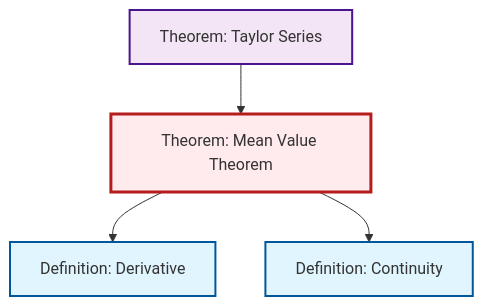
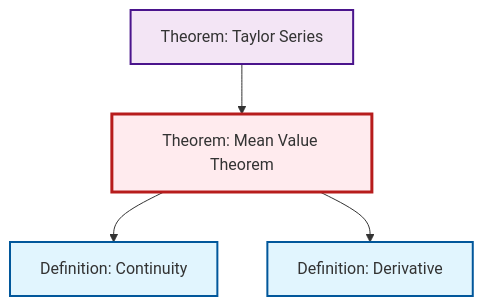
The diagram in content/en/analysis/thm-mean-value.qmd (RK0429/ModernMath), drawn with Mermaid before and after one commit. The commit also changed other lines of this file and 1012 other files, not shown here.

````diff
--- a/content/en/analysis/thm-mean-value.qmd
+++ b/content/en/analysis/thm-mean-value.qmd
@@ -79,20 +79,20 @@
 ```{mermaid}
 %%| fig-cap: "Local dependency graph"
 graph TD
     classDef definition fill:#e1f5fe,stroke:#01579b,stroke-width:2px
     classDef theorem fill:#f3e5f5,stroke:#4a148c,stroke-width:2px
     classDef axiom fill:#fff3e0,stroke:#e65100,stroke-width:2px
     classDef example fill:#e8f5e9,stroke:#1b5e20,stroke-width:2px
     classDef current fill:#ffebee,stroke:#b71c1c,stroke-width:3px
+    def-continuity["Definition: Continuity"]:::definition
     def-derivative["Definition: Derivative"]:::definition
     thm-taylor-series["Theorem: Taylor Series"]:::theorem
     thm-mean-value["Theorem: Mean Value Theorem"]:::theorem
-    def-continuity["Definition: Continuity"]:::definition
+    thm-mean-value --> def-continuity
+    thm-taylor-series --> thm-mean-value
     thm-mean-value --> def-derivative
-    thm-taylor-series --> thm-mean-value
-    thm-mean-value --> def-continuity
     class thm-mean-value current
+    click def-continuity "def-continuity.html" "Go to Continuity definition"
     click def-derivative "def-derivative.html" "Go to Derivative definition"
     click thm-taylor-series "thm-taylor-series.html" "Go to Taylor Series theorem"
-    click def-continuity "def-continuity.html" "Go to Continuity definition"
 ```
````
